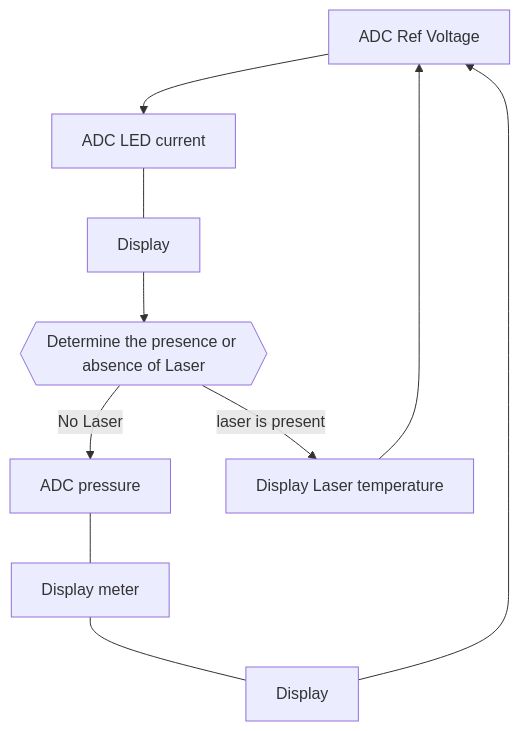
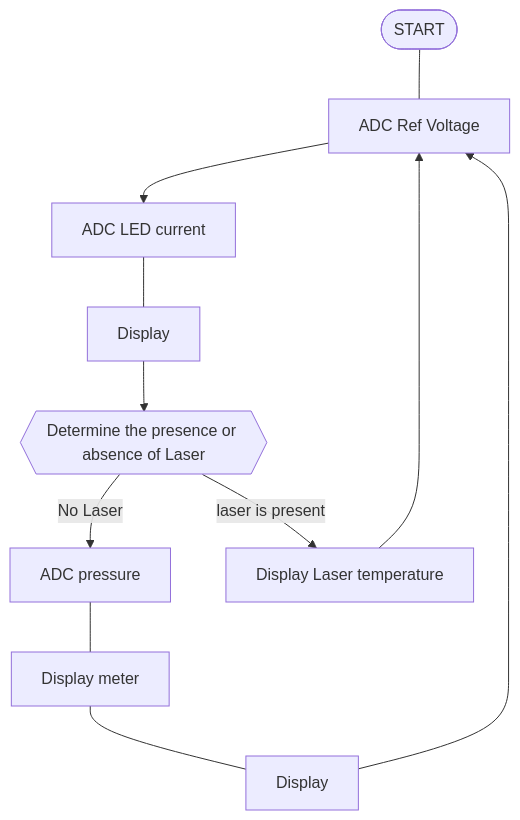
One commit to agysft/CPnP_Z changed the diagram in README.md. Above: the diagram before and after it, drawn with Mermaid. The commit also changed 1 other file, not shown here.

Commit message:
Just Delete extra lines...

````diff
--- a/README.md
+++ b/README.md
@@ -5,12 +5,13 @@
 ```mermaid
 flowchart TD;
+    I([START])---A;
     A[ADC Ref Voltage]-->B[ADC LED current];
     B---H[Display];
     H-->C{{Determine the presence or absence of Laser}};
     C-->|No Laser|E[ADC pressure];
     E---F[Display meter];
     F---G[Display];
     G-->A;
     C-->|laser is present|D[Display Laser temperature];
     D-->A;
 ```
````
